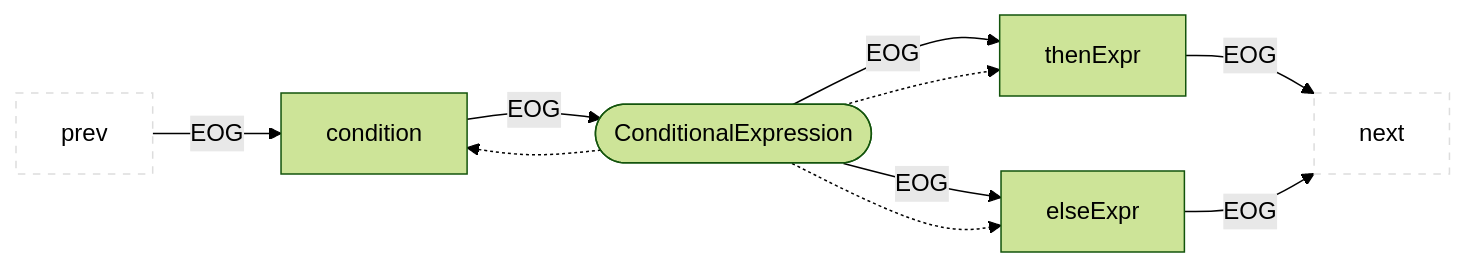
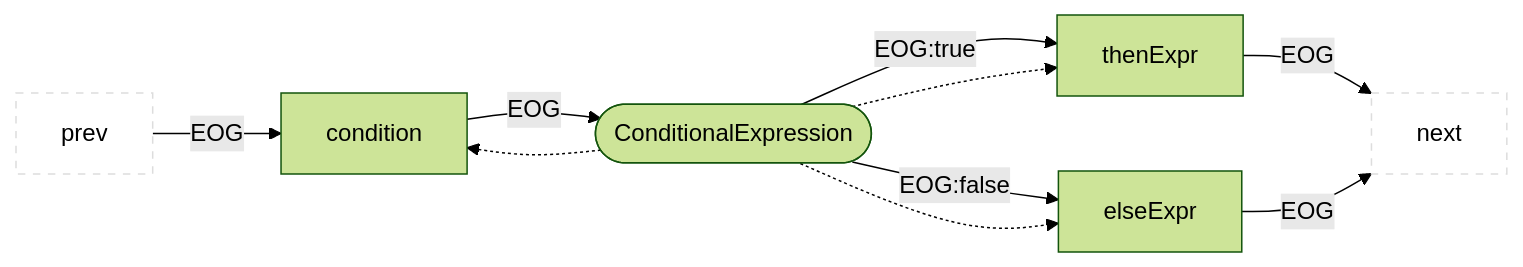
Diagram 30 of 36 in cpg-core/specifications/eog.md (Fraunhofer-AISEC/cpg), drawn with Mermaid (forest theme) before and after one commit. The commit also changed other lines of this file, not shown here.

````diff
--- a/cpg-core/specifications/eog.md
+++ b/cpg-core/specifications/eog.md
@@ -397,14 +397,14 @@
 ```mermaid
 flowchart LR
   classDef outer fill:#fff,stroke:#ddd,stroke-dasharray:5 5;
   prev:::outer --EOG--> child1["condition"]
   child1 --EOG--> parent(["ConditionalExpression"])
-  parent --EOG--> child2["thenExpr"]
-  parent --EOG--> child3["elseExpr"]
+  parent --EOG:true--> child2["thenExpr"]
+  parent --EOG:false--> child3["elseExpr"]
   child2 --EOG--> next:::outer
   child3 --EOG--> next:::outer
   parent -.-> child1
   parent -.-> child2
   parent -.-> child3
 
 ```
````
